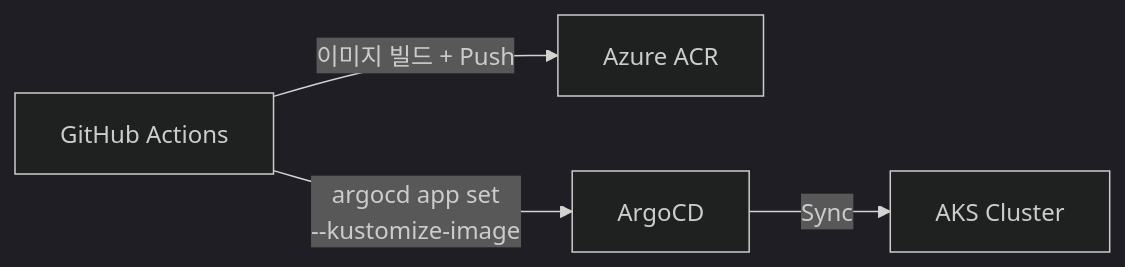
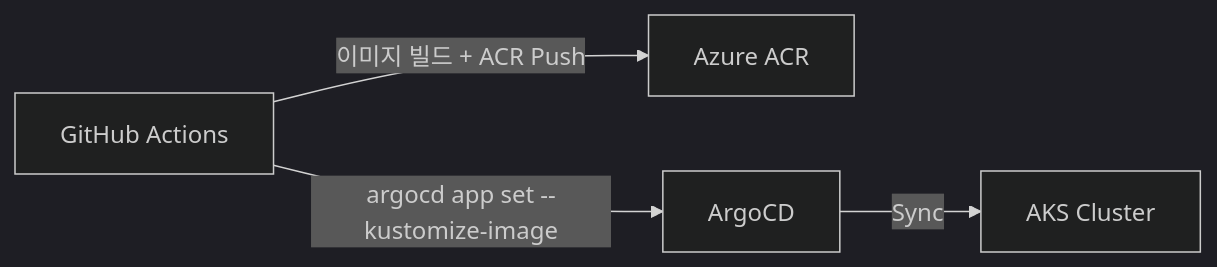
One commit to neocode24/portfolio changed the fourth of 4 diagrams in src/data/blog/ai-portal-cicd-pipeline.md. Above: the diagram before and after it, drawn with Mermaid (dark theme). The commit also changed other lines of this file, not shown here.

````diff
--- a/src/data/blog/ai-portal-cicd-pipeline.md
+++ b/src/data/blog/ai-portal-cicd-pipeline.md
@@ -152,6 +174,6 @@
 ```mermaid
 flowchart LR
-    A["GitHub Actions"] -->|"이미지 빌드 + Push"| B["Azure ACR"]
-    A -->|"argocd app set<br/>--kustomize-image"| C["ArgoCD"]
+    A["GitHub Actions"] -->|"이미지 빌드 + ACR Push"| B["Azure ACR"]
+    A -->|"argocd app set --kustomize-image"| C["ArgoCD"]
     C -->|"Sync"| D["AKS Cluster"]
 ```
````
